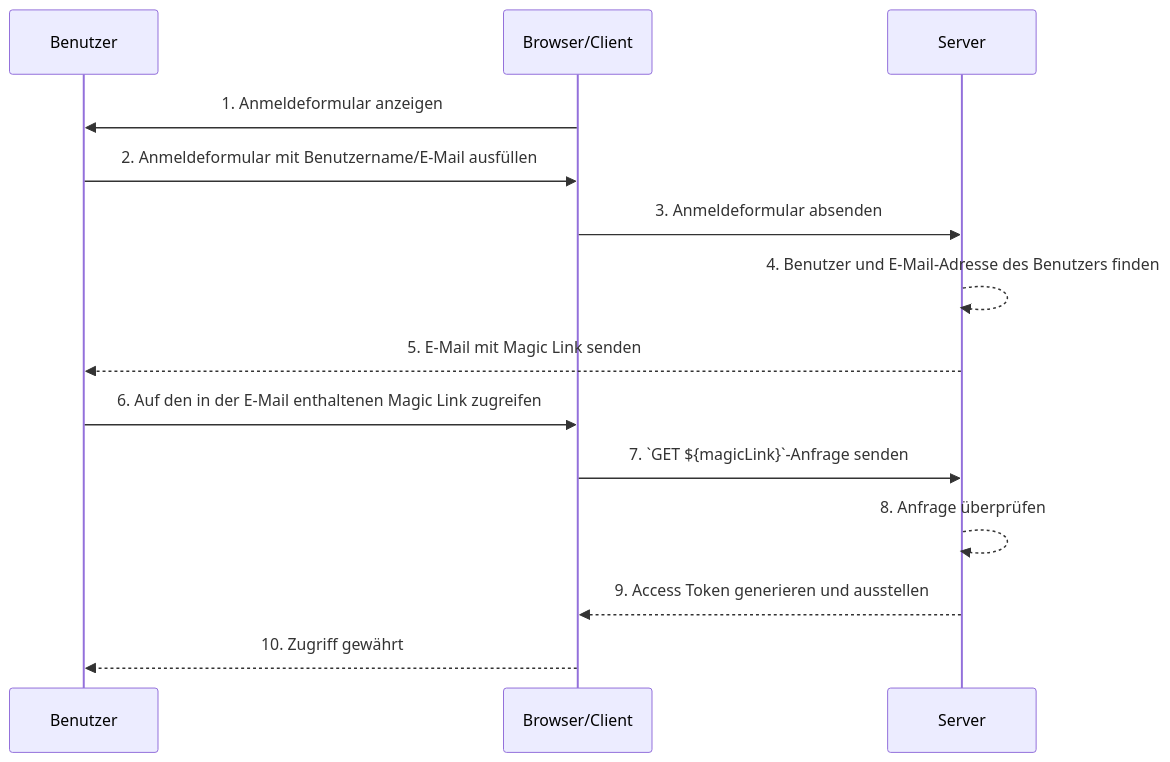
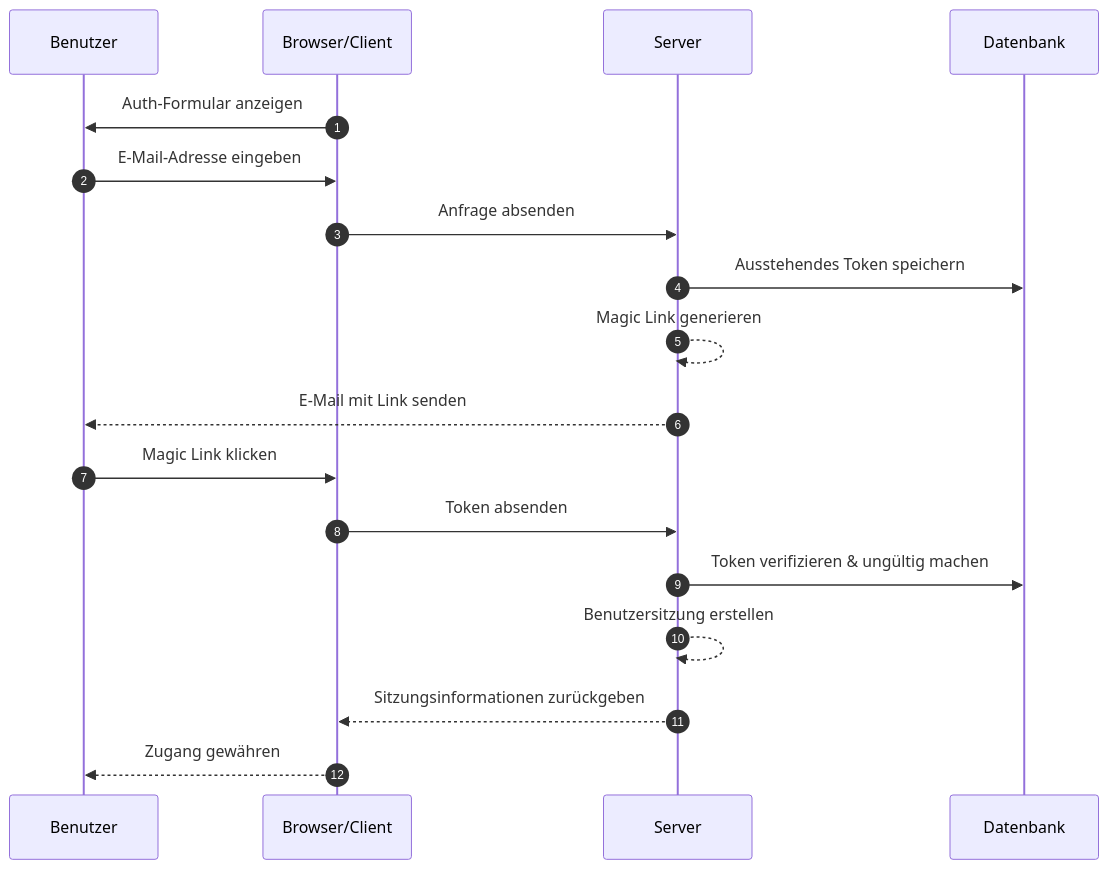
The first of 2 diagrams in src/content/terms/de/magic-link.mdx (logto-io/auth-wiki), drawn with Mermaid before and after one commit. The commit also changed other lines of this file and 95 other files, not shown here.

````diff
--- a/src/content/terms/de/magic-link.mdx
+++ b/src/content/terms/de/magic-link.mdx
@@ -31,16 +17,20 @@
 ```mermaid
 sequenceDiagram
+    autonumber
     participant U as Benutzer
     participant B as Browser/Client
     participant S as Server
-    B->>U: 1. Anmeldeformular anzeigen
-    U->>B: 2. Anmeldeformular mit Benutzername/E-Mail ausfüllen
-    B->>S: 3. Anmeldeformular absenden
-    S-->>S: 4. Benutzer und E-Mail-Adresse des Benutzers finden
-    S-->>U: 5. E-Mail mit Magic Link senden
-    U->>B: 6. Auf den in der E-Mail enthaltenen Magic Link zugreifen
-    B->>S: 7. `GET ${magicLink}`-Anfrage senden
-    S-->>S: 8. Anfrage überprüfen
-    S-->>B: 9. Access Token generieren und ausstellen
-    B-->>U: 10. Zugriff gewährt
+    participant D as Datenbank
+    B->>U: Auth-Formular anzeigen
+    U->>B: E-Mail-Adresse eingeben
+    B->>S: Anfrage absenden
+    S->>D: Ausstehendes Token speichern
+    S-->>S: Magic Link generieren
+    S-->>U: E-Mail mit Link senden
+    U->>B: Magic Link klicken
+    B->>S: Token absenden
+    S->>D: Token verifizieren & ungültig machen
+    S-->>S: Benutzersitzung erstellen
+    S-->>B: Sitzungsinformationen zurückgeben
+    B-->>U: Zugang gewähren
 ```
````
